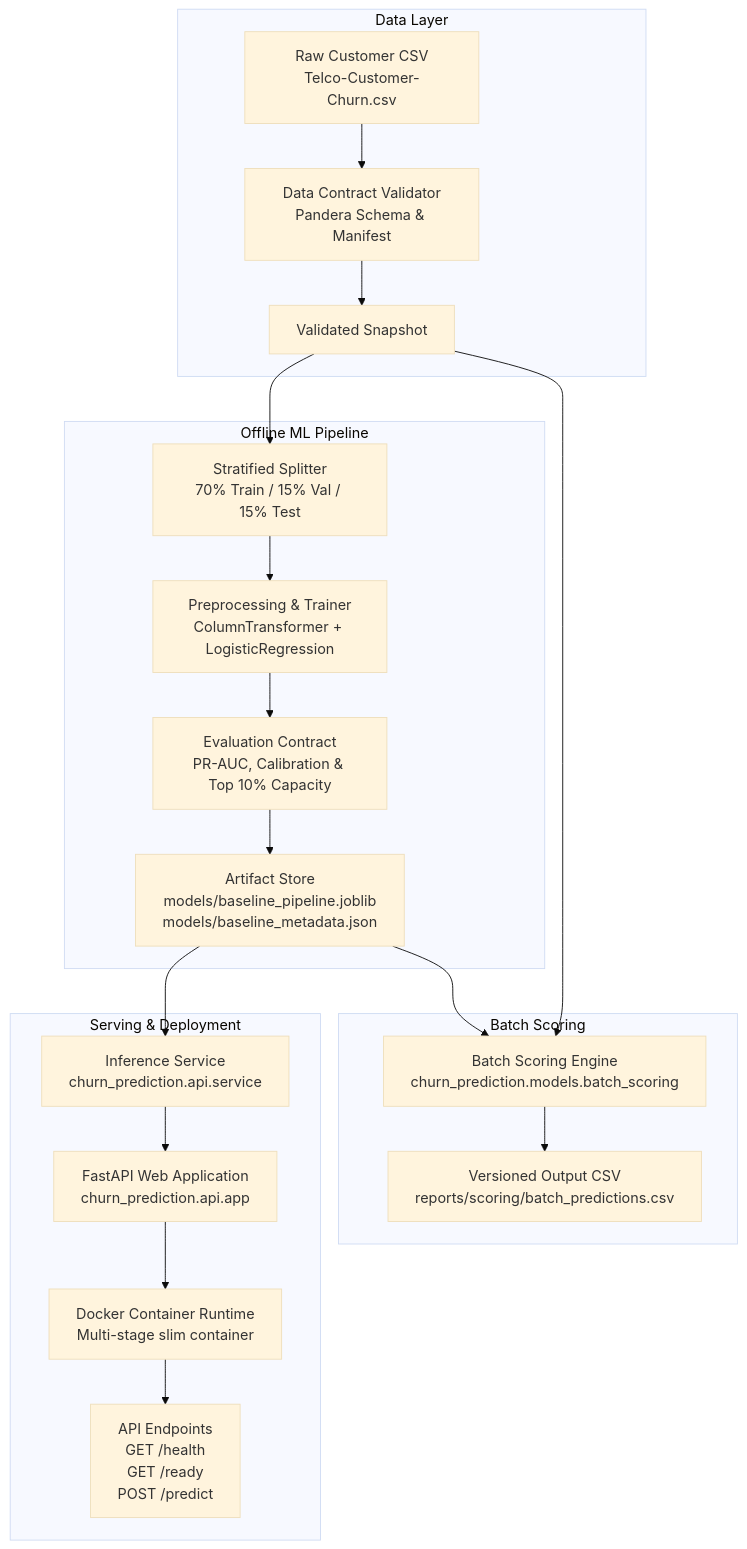
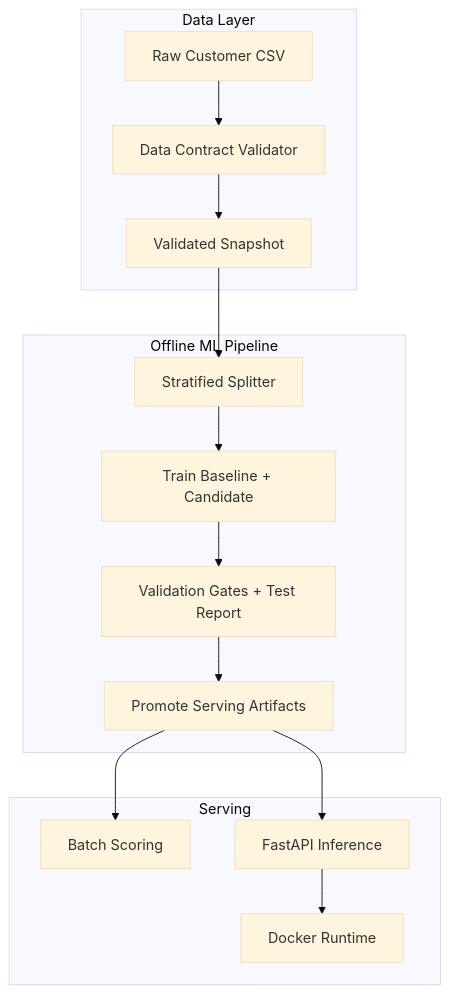
The diagram in README.md (avisorghosh/TelcoCustomerChurn), drawn with Mermaid (base theme) before and after one commit. The commit also changed other lines of this file and 41 other files, not shown here.

````diff
--- a/README.md
+++ b/README.md
@@ -23,27 +51,20 @@
 ```mermaid
 flowchart TD
     subgraph Data Layer
-        A[Raw Customer CSV\nTelco-Customer-Churn.csv] --> B[Data Contract Validator\nPandera Schema & Manifest]
+        A[Raw Customer CSV] --> B[Data Contract Validator]
         B --> C[Validated Snapshot]
     end
 
     subgraph Offline ML Pipeline
-        C --> D[Stratified Splitter\n70% Train / 15% Val / 15% Test]
-        D --> E[Preprocessing & Trainer\nColumnTransformer + LogisticRegression]
-        E --> F[Evaluation Contract\nPR-AUC, Calibration & Top 10% Capacity]
-        F --> G[Artifact Store\nmodels/baseline_pipeline.joblib\nmodels/baseline_metadata.json]
+        C --> D[Stratified Splitter]
+        D --> E[Train Baseline + Candidate]
+        E --> F[Validation Gates + Test Report]
+        F --> G[Promote Serving Artifacts]
     end
 
-    subgraph Batch Scoring
-        C --> H[Batch Scoring Engine\nchurn_prediction.models.batch_scoring]
-        G --> H
-        H --> I[Versioned Output CSV\nreports/scoring/batch_predictions.csv]
-    end
-
-    subgraph Serving & Deployment
-        G --> J[Inference Service\nchurn_prediction.api.service]
-        J --> K[FastAPI Web Application\nchurn_prediction.api.app]
-        K --> L[Docker Container Runtime\nMulti-stage slim container]
-        L --> M["API Endpoints\nGET /health\nGET /ready\nPOST /predict"]
+    subgraph Serving
+        G --> H[Batch Scoring]
+        G --> I[FastAPI Inference]
+        I --> J[Docker Runtime]
     end
 ```
````
